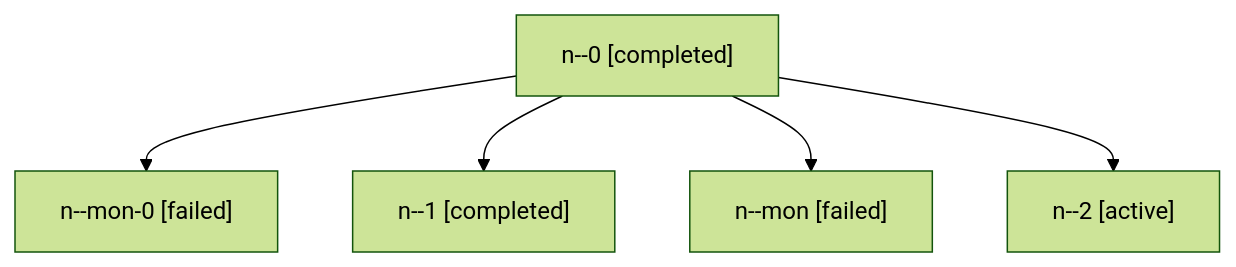
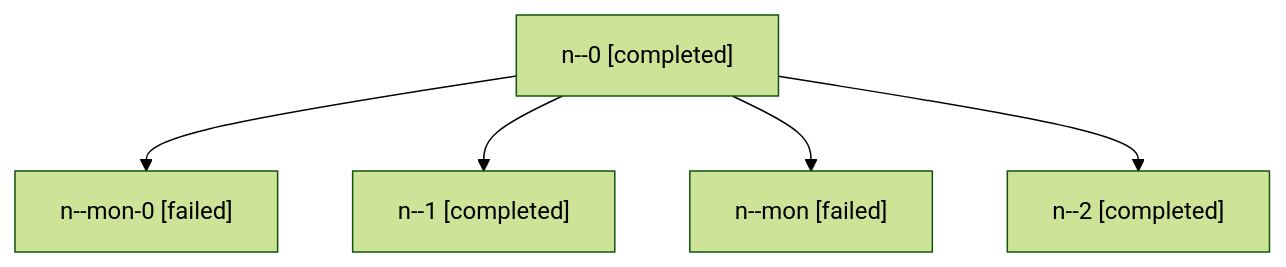
Before and after one commit to sase-org/sase--agents: the diagram in sessions/bbugyi200.apollo.n.md, drawn with Mermaid (forest theme). The commit also changed other lines of this file and 5 other files, not shown here.

````diff
--- a/sessions/bbugyi200.apollo.n.md
+++ b/sessions/bbugyi200.apollo.n.md
@@ -9,12 +9,12 @@
 ```mermaid
 flowchart TD
   n0["n--0 [completed]"]
   n1["n--mon-0 [failed]"]
   n0 --> n1
   n2["n--1 [completed]"]
   n0 --> n2
   n3["n--mon [failed]"]
   n0 --> n3
-  n4["n--2 [active]"]
+  n4["n--2 [completed]"]
   n0 --> n4
 ```
````
